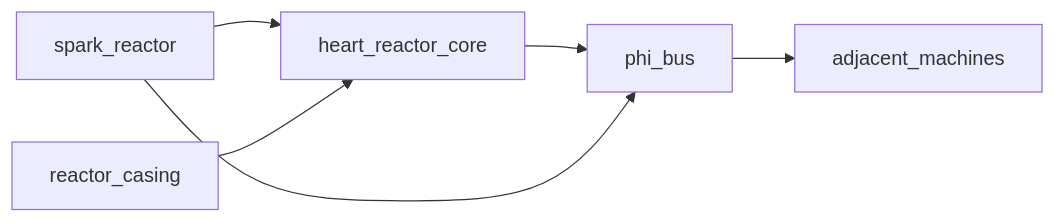
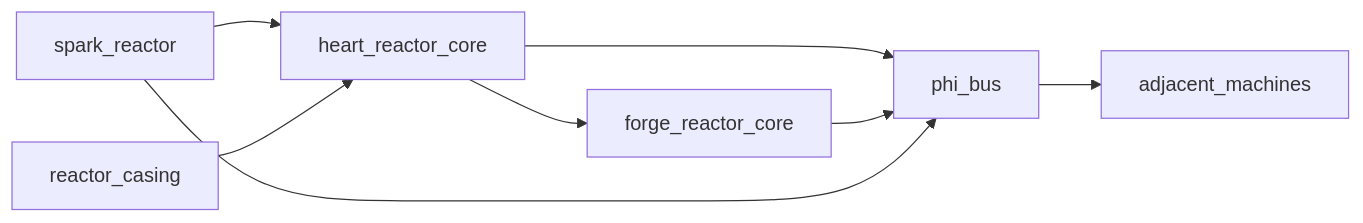
One commit to pozikt/Effecoria-mod changed the diagram in docs/TECHNOMAGIC.md. Above: the diagram before and after it, drawn with Mermaid. The commit also changed other lines of this file and 68 other files, not shown here.

First line of the commit message:
Add playable Era IV Forge Reactor (Kuznitsa) 3x4x3.

````diff
--- a/docs/TECHNOMAGIC.md
+++ b/docs/TECHNOMAGIC.md
@@ -43,8 +58,10 @@
 ```mermaid
 flowchart LR
   spark[spark_reactor] --> heart[heart_reactor_core]
   casing[reactor_casing] --> heart
+  heart --> forge[forge_reactor_core]
   heart --> bus[phi_bus]
+  forge --> bus
   spark --> bus
   bus --> machines[adjacent_machines]
 ```
````
